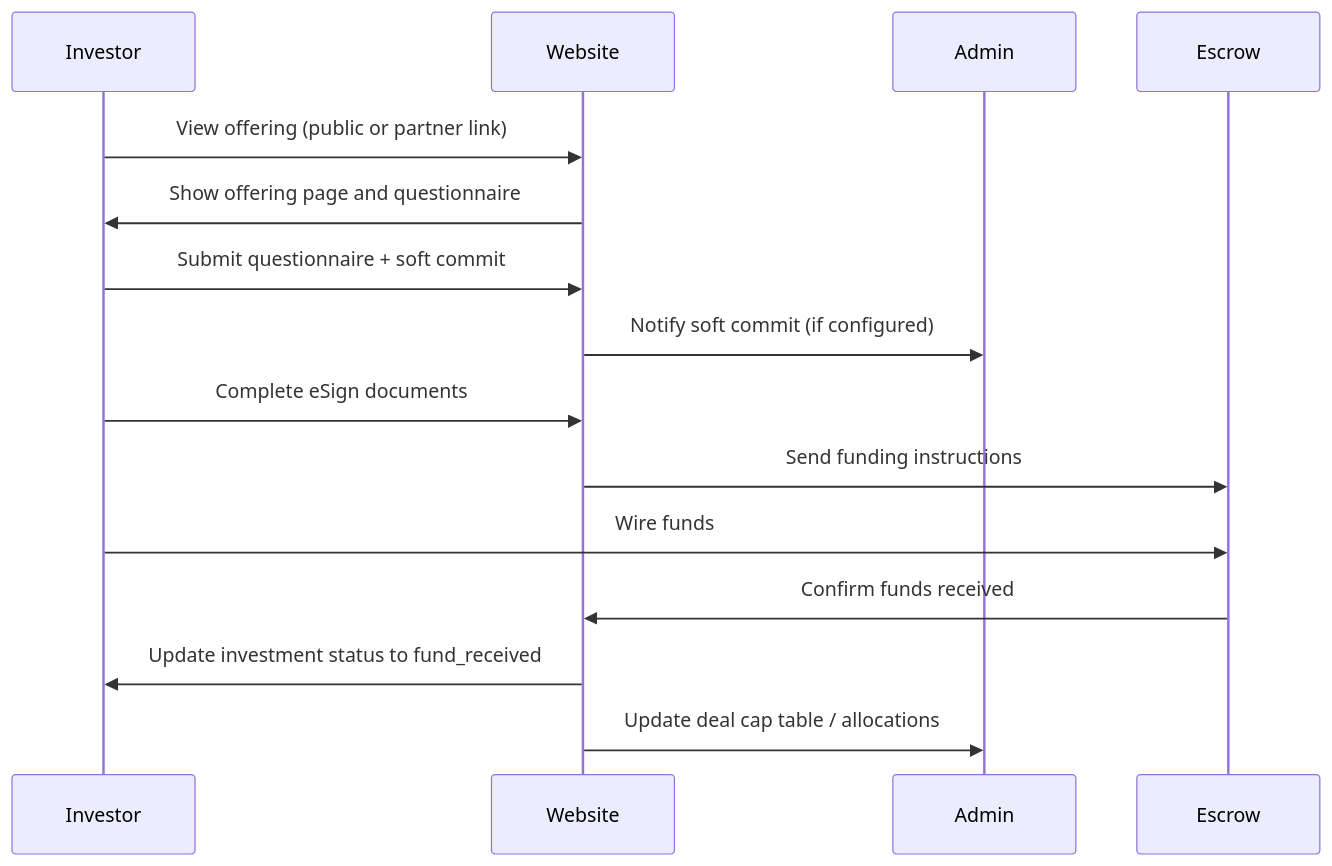
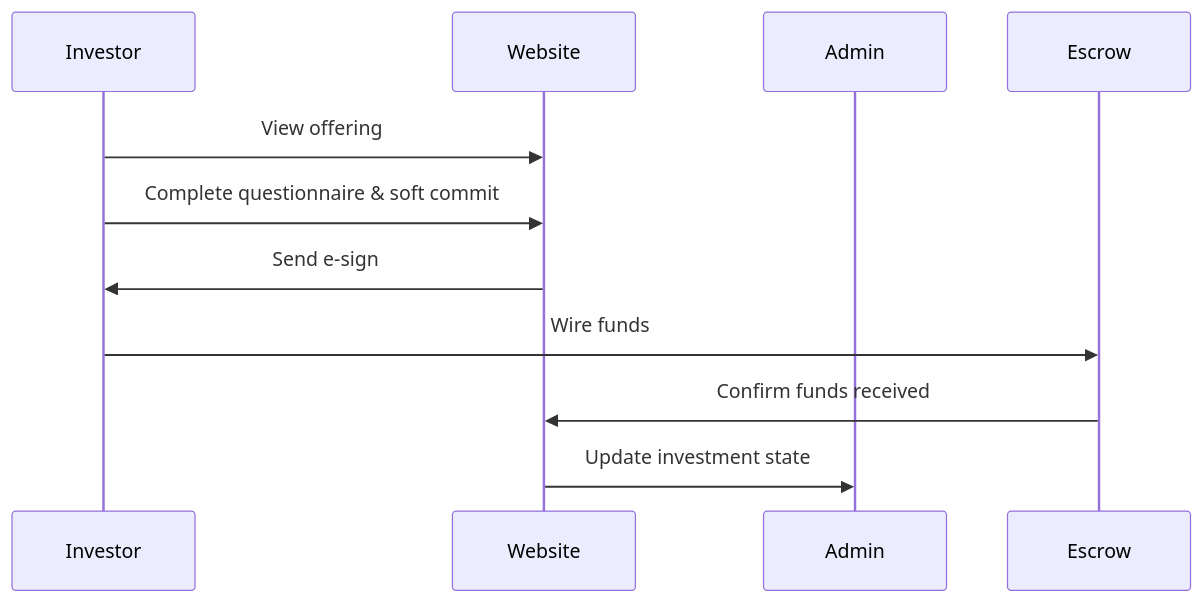
One commit to mateen212/ZASM-INVESTMENT changed the first of 2 diagrams in README.md. Above: the diagram before and after it, drawn with Mermaid. The commit also changed other lines of this file, not shown here.

````diff
--- a/README.md
+++ b/README.md
@@ -251,18 +158,14 @@
 ```mermaid
 sequenceDiagram
-		participant Investor
-		participant Website
-		participant Admin
-		participant Escrow
+	participant Investor
+	participant Website
+	participant Admin
+	participant Escrow
 
-		Investor->>Website: View offering (public or partner link)
-		Website->>Investor: Show offering page and questionnaire
-		Investor->>Website: Submit questionnaire + soft commit
-		Website->>Admin: Notify soft commit (if configured)
-		Investor->>Website: Complete eSign documents
-		Website->>Escrow: Send funding instructions
-		Investor->>Escrow: Wire funds
-		Escrow->>Website: Confirm funds received
-		Website->>Investor: Update investment status to fund_received
-		Website->>Admin: Update deal cap table / allocations
+	Investor->>Website: View offering
+	Investor->>Website: Complete questionnaire & soft commit
+	Website->>Investor: Send e-sign
+	Investor->>Escrow: Wire funds
+	Escrow->>Website: Confirm funds received
+	Website->>Admin: Update investment state
 ```
````
